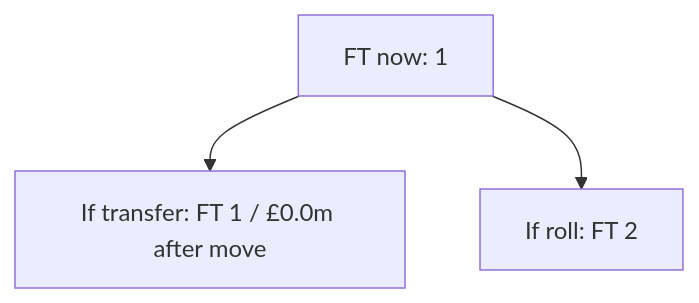
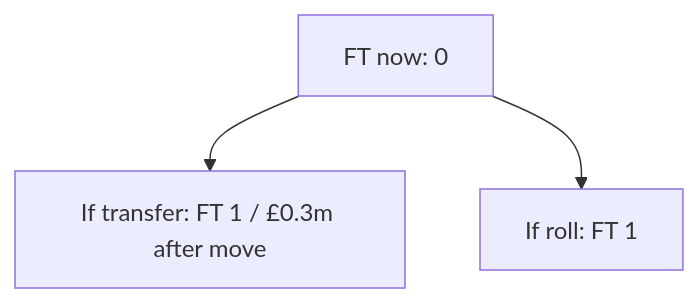
One commit to domagojpoljancic/FPLexpert changed the third of 4 diagrams in reports/plan-gw4.md. Above: the diagram before and after it, drawn with Mermaid. The commit also changed other lines of this file and 2 other files, not shown here.

````diff
--- a/reports/plan-gw4.md
+++ b/reports/plan-gw4.md
@@ -46,8 +46,8 @@
 ```mermaid
 flowchart TD
-    N0["FT now: 1"]
-    N1["If transfer: FT 1 / £0.0m after move"]
-    N2["If roll: FT 2"]
+    N0["FT now: 0"]
+    N1["If transfer: FT 1 / £0.3m after move"]
+    N2["If roll: FT 1"]
     N0 --> N1
     N0 --> N2
 ```
````
